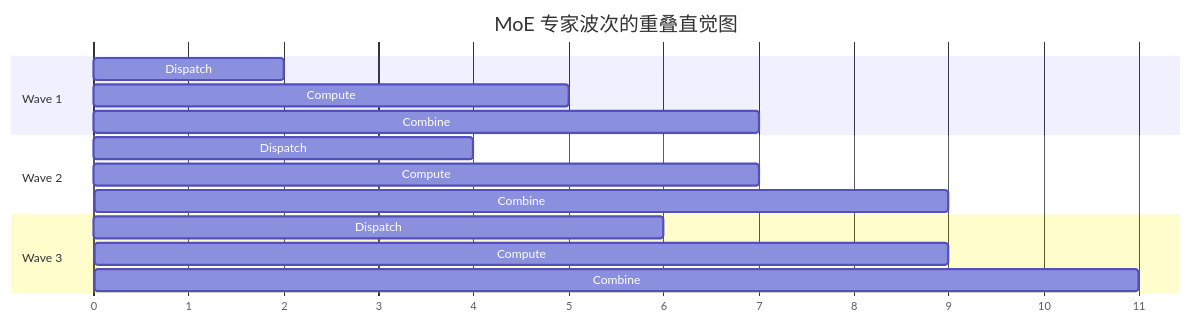
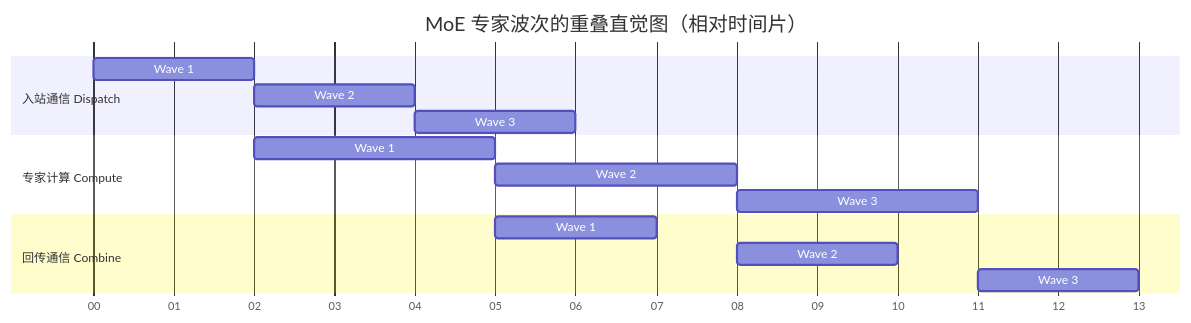
The fourth of 7 diagrams in reports/DeepSeek/DeepSeek-V4.md (ChaoyuWang04/MockInterview), drawn with Mermaid before and after one commit. The commit also changed other lines of this file and 4 other files, not shown here.

````diff
--- a/reports/DeepSeek/DeepSeek-V4.md
+++ b/reports/DeepSeek/DeepSeek-V4.md
@@ -483,18 +485,18 @@
 ```mermaid
 gantt
-    title MoE 专家波次的重叠直觉图
-    dateFormat X
-    axisFormat %s
-    section Wave 1
-    Dispatch :a1, 0, 2
-    Compute  :a2, 2, 5
-    Combine  :a3, 5, 7
-    section Wave 2
-    Dispatch :b1, 2, 4
-    Compute  :b2, 4, 7
-    Combine  :b3, 7, 9
-    section Wave 3
-    Dispatch :c1, 4, 6
-    Compute  :c2, 6, 9
-    Combine  :c3, 9, 11
+    title MoE 专家波次的重叠直觉图（相对时间片）
+    dateFormat YYYY-MM-DD HH:mm:ss
+    axisFormat %S
+    section 入站通信 Dispatch
+    Wave 1 :d1, 2026-01-01 00:00:00, 2s
+    Wave 2 :d2, 2026-01-01 00:00:02, 2s
+    Wave 3 :d3, 2026-01-01 00:00:04, 2s
+    section 专家计算 Compute
+    Wave 1 :c1, 2026-01-01 00:00:02, 3s
+    Wave 2 :c2, 2026-01-01 00:00:05, 3s
+    Wave 3 :c3, 2026-01-01 00:00:08, 3s
+    section 回传通信 Combine
+    Wave 1 :o1, 2026-01-01 00:00:05, 2s
+    Wave 2 :o2, 2026-01-01 00:00:08, 2s
+    Wave 3 :o3, 2026-01-01 00:00:11, 2s
 ```
````
